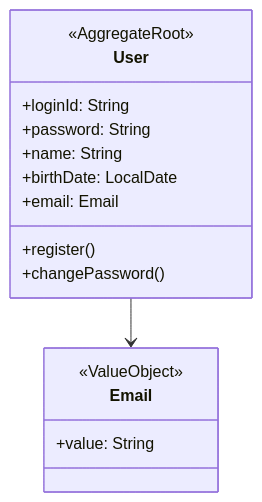
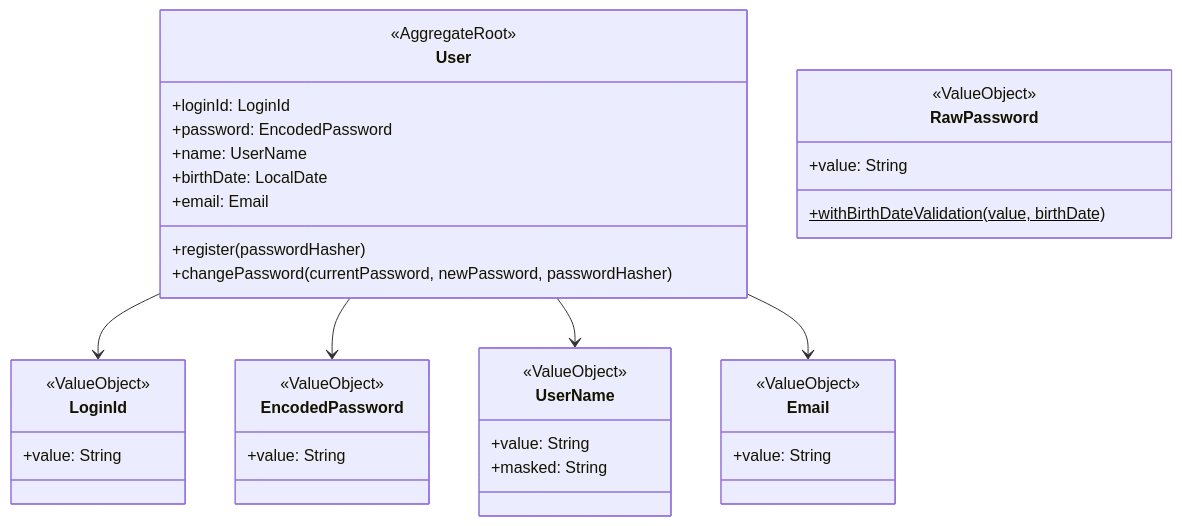
Before and after one commit to Loopers-dev-lab/loop-pack-be-l2-vol3-kotlin: the fifth of 19 diagrams in docs/design/02-class-diagram.md, drawn with Mermaid. The commit also changed other lines of this file and 4 other files, not shown here.

````diff
--- a/docs/design/02-class-diagram.md
+++ b/docs/design/02-class-diagram.md
@@ -254,20 +279,45 @@
 ```mermaid
 classDiagram
     class User {
         <<AggregateRoot>>
-        +loginId: String
-        +password: String
-        +name: String
+        +loginId: LoginId
+        +password: EncodedPassword
+        +name: UserName
         +birthDate: LocalDate
         +email: Email
-        +register()
-        +changePassword()
+        +register(passwordHasher)
+        +changePassword(currentPassword, newPassword, passwordHasher)
+    }
+
+    class LoginId {
+        <<ValueObject>>
+        +value: String
+    }
+
+    class EncodedPassword {
+        <<ValueObject>>
+        +value: String
+    }
+
+    class RawPassword {
+        <<ValueObject>>
+        +value: String
+        +withBirthDateValidation(value, birthDate)$
+    }
+
+    class UserName {
+        <<ValueObject>>
+        +value: String
+        +masked: String
     }
 
     class Email {
         <<ValueObject>>
         +value: String
     }
 
+    User --> LoginId
+    User --> EncodedPassword
+    User --> UserName
     User --> Email
 ```
````
